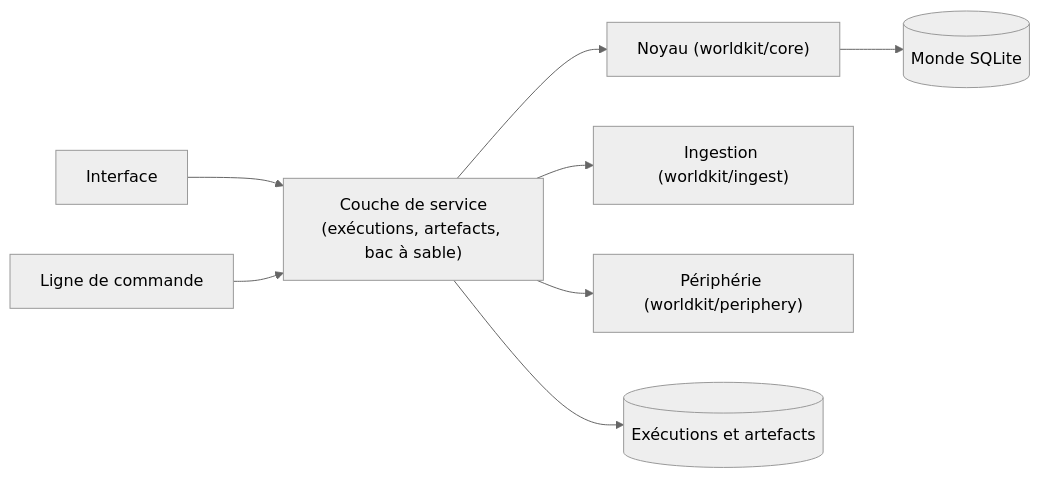
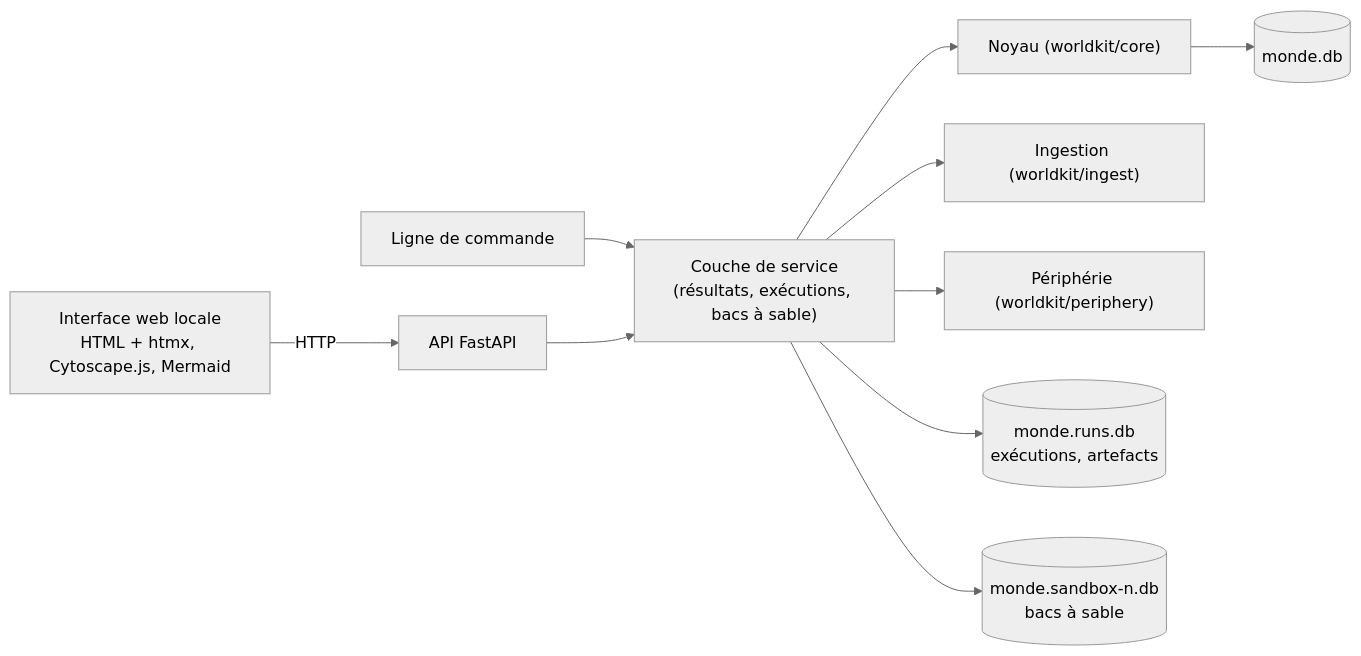
One commit to ltimsit/WorldKit changed the third of 3 diagrams in docs/cadre-interface.md. Above: the diagram before and after it, drawn with Mermaid (neutral theme). The commit also changed other lines of this file and 2 other files, not shown here.

Commit message:
Cadre d'interface v0.2 : décisions I-TEC-01 à I-LLM-01 validées ; analyse 00.52 et question 79

````diff
--- a/docs/cadre-interface.md
+++ b/docs/cadre-interface.md
@@ -159,10 +159,12 @@
 ```mermaid
 flowchart LR
-  UI["Interface"] --> SVC["Couche de service<br/>(exécutions, artefacts, bac à sable)"]
+  UI["Interface web locale<br/>HTML + htmx, Cytoscape.js, Mermaid"] -->|"HTTP"| API["API FastAPI"]
   CLI["Ligne de commande"] --> SVC
+  API --> SVC["Couche de service<br/>(résultats, exécutions, bacs à sable)"]
   SVC --> CORE["Noyau (worldkit/core)"]
   SVC --> ING["Ingestion (worldkit/ingest)"]
   SVC --> PER["Périphérie (worldkit/periphery)"]
-  SVC --> RUNS[("Exécutions et artefacts")]
-  CORE --> DB[("Monde SQLite")]
+  SVC --> RUNS[("monde.runs.db<br/>exécutions, artefacts")]
+  SVC --> SBX[("monde.sandbox-n.db<br/>bacs à sable")]
+  CORE --> DB[("monde.db")]
 ```
````
